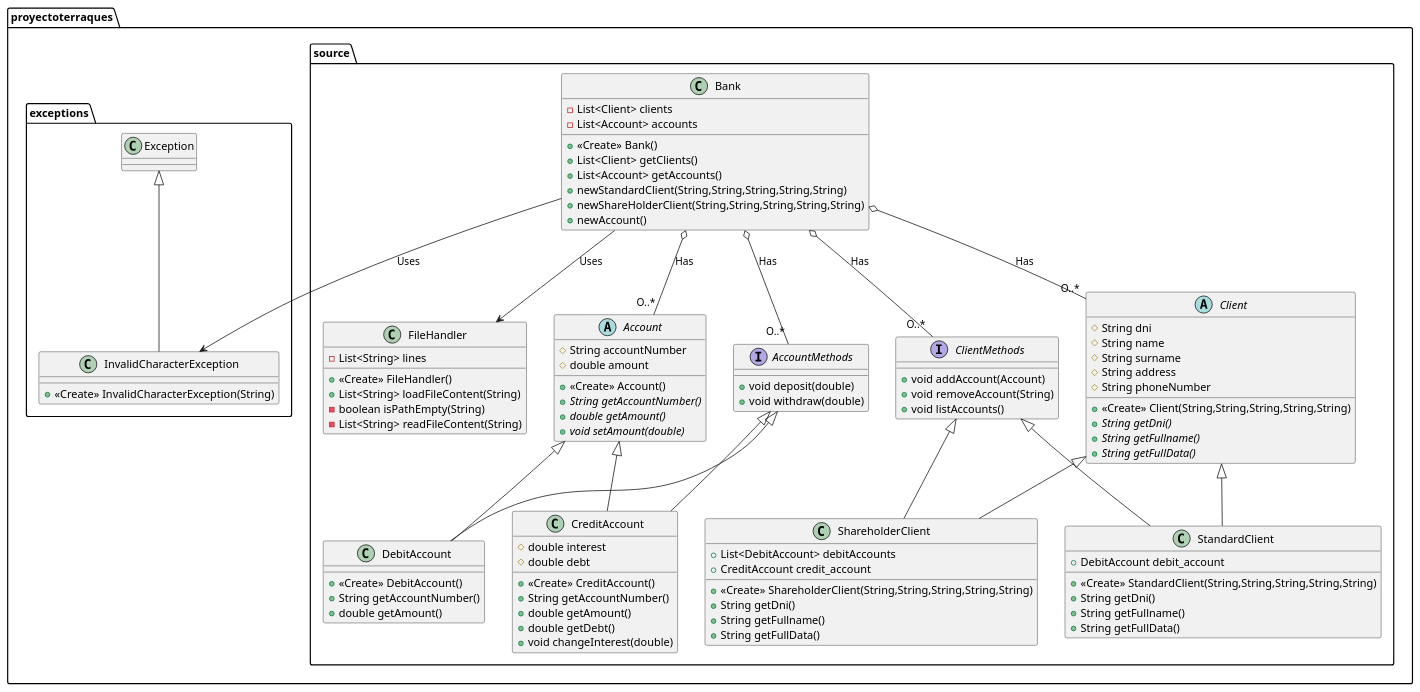
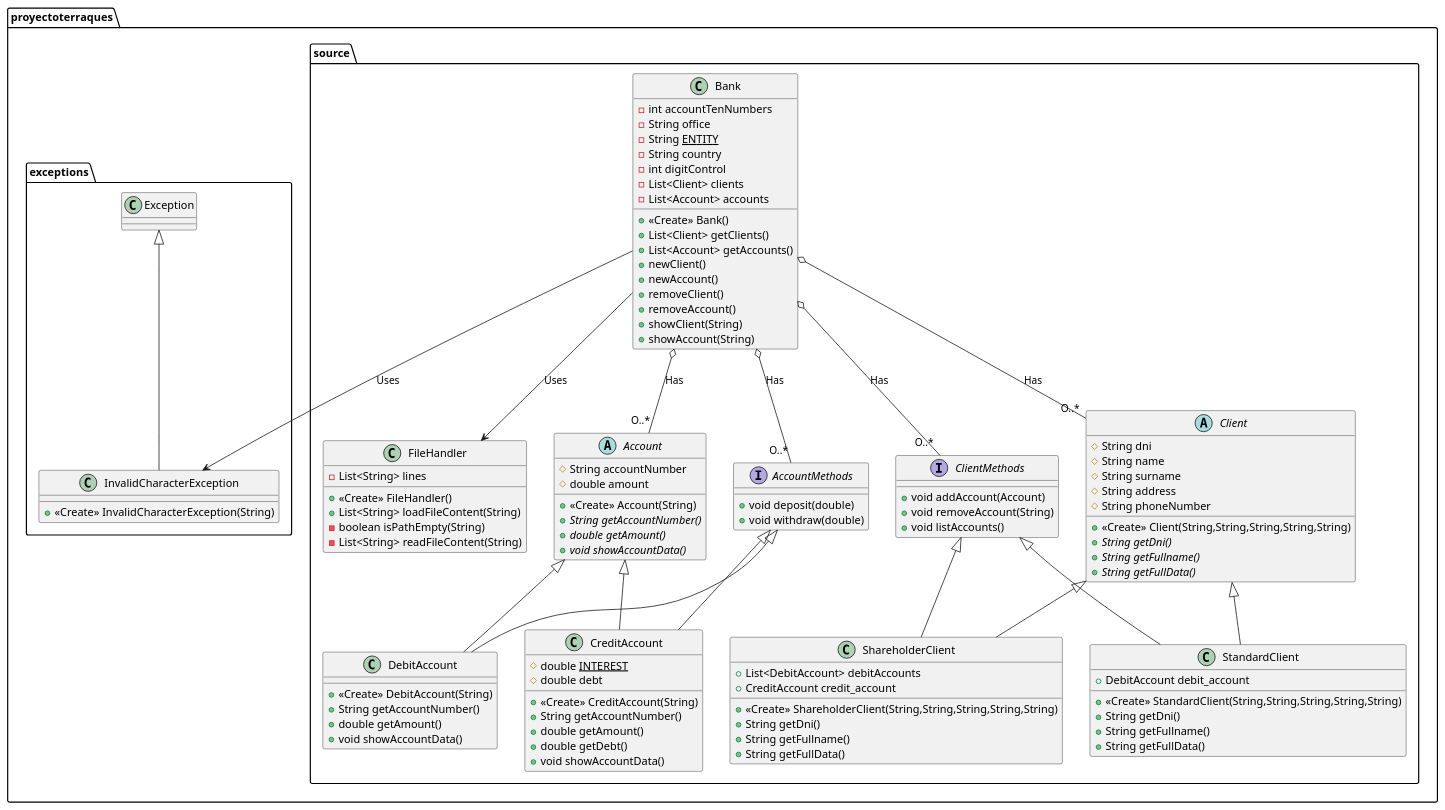
The diagram in proyectoTerraques/out/production/proyectoTerraques/proyectoterraques/docs/diagram.puml (eabol/awesome-projects-prograii), drawn with PlantUML before and after one commit. The commit also changed 36 other files, not shown here.

```diff
--- a/proyectoTerraques/out/production/proyectoTerraques/proyectoterraques/docs/diagram.puml
+++ b/proyectoTerraques/out/production/proyectoTerraques/proyectoterraques/docs/diagram.puml
@@ -1,118 +1,130 @@
 @startuml
 
 
 class proyectoterraques.source.Bank {
+- int accountTenNumbers
+- String office
+- String <u>ENTITY</u>
+- String country
+- int digitControl
 - List<Client> clients
 - List<Account> accounts
 + <<Create>> Bank()
 + List<Client> getClients()
 + List<Account> getAccounts()
-+ newStandardClient(String,String,String,String,String)
-+ newShareHolderClient(String,String,String,String,String)
++ newClient()
 + newAccount()
++ removeClient()
++ removeAccount()
++ showClient(String)
++ showAccount(String)
 
 }
 
 abstract class proyectoterraques.source.Client {
 # String dni
 # String name
 # String surname
 # String address
 # String phoneNumber
 + <<Create>> Client(String,String,String,String,String)
 + {abstract}String getDni()
 + {abstract}String getFullname()
 + {abstract}String getFullData()
 }
 
 class proyectoterraques.source.ShareholderClient {
 + <<Create>> ShareholderClient(String,String,String,String,String)
 + String getDni()
 + String getFullname()
 + String getFullData()
 + List<DebitAccount> debitAccounts
 + CreditAccount credit_account
 }
 
 class proyectoterraques.source.StandardClient {
 + <<Create>> StandardClient(String,String,String,String,String)
 + String getDni()
 + String getFullname()
 + String getFullData()
 + DebitAccount debit_account
 }
 
 abstract class proyectoterraques.source.Account {
 #  String accountNumber
 #  double amount
-+ <<Create>> Account()
++ <<Create>> Account(String)
 + {abstract} String getAccountNumber()
 + {abstract} double getAmount()
-+ {abstract} void setAmount(double)
++ {abstract} void showAccountData()
+
 }
 
 interface proyectoterraques.source.AccountMethods {
 + void deposit(double)
 + void withdraw(double)
 
 
 }
 
 interface proyectoterraques.source.ClientMethods {
 +void addAccount(Account)
 +void removeAccount(String)
 +void listAccounts()
 
 }
 
 class proyectoterraques.source.DebitAccount {
-+ <<Create>> DebitAccount()
++ <<Create>> DebitAccount(String)
 + String getAccountNumber()
 + double getAmount()
++ void showAccountData()
+
 
 }
 
 class proyectoterraques.source.CreditAccount {
-# double interest
+# double <u>INTEREST</u>
 # double debt
-+ <<Create>> CreditAccount()
++ <<Create>> CreditAccount(String)
 + String getAccountNumber()
 + double getAmount()
 + double getDebt()
-+ void changeInterest(double)
++ void showAccountData()
+
 
 }
 
 class proyectoterraques.source.FileHandler {
 - List<String> lines
 + <<Create>> FileHandler()
 + List<String> loadFileContent(String)
 - boolean isPathEmpty(String)
 - List<String> readFileContent(String)
 }
 
 class proyectoterraques.exceptions.Exception{
 
 }
 
 class proyectoterraques.exceptions.InvalidCharacterException{
 + <<Create>> InvalidCharacterException(String)
 
 }
 
 proyectoterraques.source.Bank o-- "O..*" proyectoterraques.source.Account : Has
 proyectoterraques.source.Bank o-- "O..*" proyectoterraques.source.Client : Has
 proyectoterraques.source.Bank o-- "O..*" proyectoterraques.source.AccountMethods : Has
 proyectoterraques.source.Bank o-- "O..*" proyectoterraques.source.ClientMethods : Has
 proyectoterraques.source.Client <|-- proyectoterraques.source.ShareholderClient
 proyectoterraques.source.ClientMethods <|-- proyectoterraques.source.ShareholderClient
 proyectoterraques.source.Account <|-- proyectoterraques.source.DebitAccount
 proyectoterraques.source.AccountMethods <|-- proyectoterraques.source.DebitAccount
 proyectoterraques.source.Client <|-- proyectoterraques.source.StandardClient
 proyectoterraques.source.ClientMethods <|-- proyectoterraques.source.StandardClient
 proyectoterraques.source.Account <|-- proyectoterraques.source.CreditAccount
 proyectoterraques.source.AccountMethods <|-- proyectoterraques.source.CreditAccount
 proyectoterraques.source.Bank --> proyectoterraques.source.FileHandler : Uses
 proyectoterraques.source.Bank --> proyectoterraques.exceptions.InvalidCharacterException : Uses
 proyectoterraques.exceptions.Exception <|-- proyectoterraques.exceptions.InvalidCharacterException
 @enduml
```
